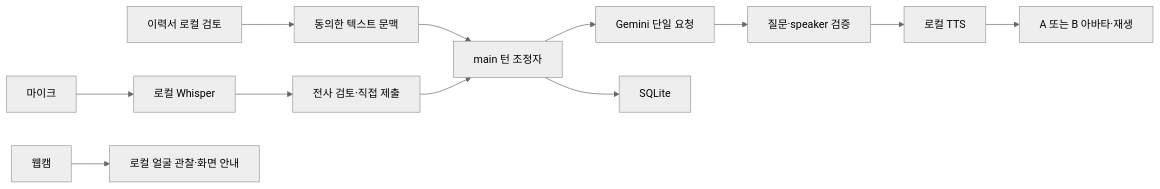
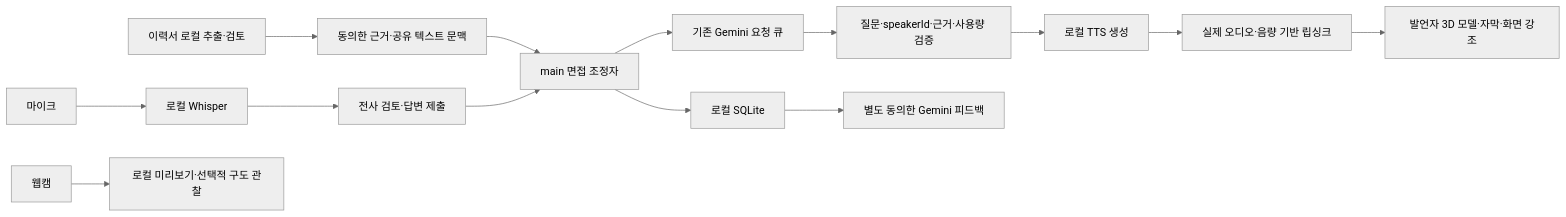
One commit to silverThunder09/ai-interview-studio changed the diagram in harness/architecture.md. Above: the diagram before and after it, drawn with Mermaid (neutral theme). The commit also changed other lines of this file and 3 other files, not shown here.

````diff
--- a/harness/architecture.md
+++ b/harness/architecture.md
@@ -38,14 +46,16 @@
 ```mermaid
 flowchart LR
-  R[이력서 로컬 검토] --> C[동의한 텍스트 문맥]
-  C --> O[main 턴 조정자]
-  O --> G[Gemini 단일 요청]
-  G --> T[질문·speaker 검증]
-  T --> S[로컬 TTS]
-  S --> A[A 또는 B 아바타·재생]
-  M[마이크] --> W[로컬 Whisper]
-  W --> E[전사 검토·직접 제출]
+  R[이력서 로컬 추출·검토] --> C[동의한 근거·공유 텍스트 문맥]
+  C --> O[main 면접 조정자]
+  O --> G[기존 Gemini 요청 큐]
+  G --> Q[질문·speakerId·근거·사용량 검증]
+  Q --> T[로컬 TTS 생성]
+  T --> L[실제 오디오·음량 기반 립싱크]
+  L --> A[발언자 3D 모델·자막·화면 강조]
+  M[마이크] --> S[로컬 Whisper]
+  S --> E[전사 검토·답변 제출]
   E --> O
-  O --> D[SQLite]
-  V[웹캠] --> F[로컬 얼굴 관찰·화면 안내]
+  O --> D[로컬 SQLite]
+  D --> P[별도 동의한 Gemini 피드백]
+  V[웹캠] --> F[로컬 미리보기·선택적 구도 관찰]
 ```
````
